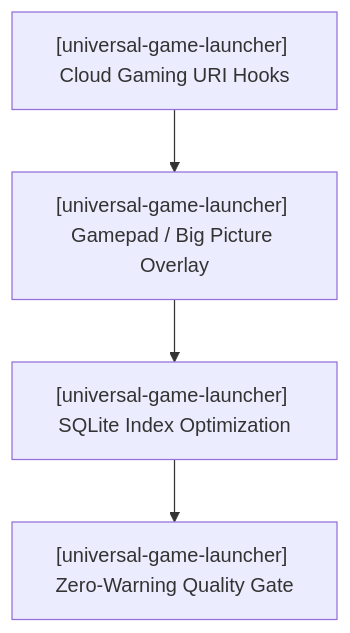
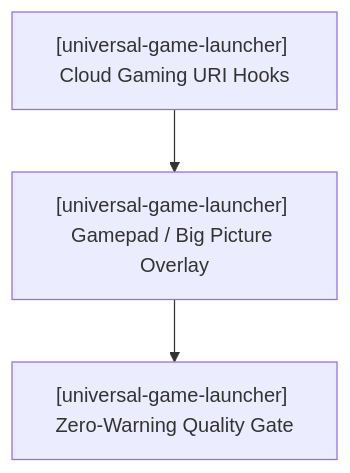
Before and after one commit to HELIX-Origin/universal-game-launcher: the second of 2 diagrams in PLAN.md, drawn with Mermaid. The commit also changed other lines of this file and 15 other files, not shown here.

First line of the commit message:
feat: re-architect core for performance and introduce benchmarking

````diff
--- a/PLAN.md
+++ b/PLAN.md
@@ -23,6 +73,5 @@
 ```mermaid
 flowchart TD
     Task1["[universal-game-launcher] Cloud Gaming URI Hooks"] --> Task2["[universal-game-launcher] Gamepad / Big Picture Overlay"]
-    Task2 --> Task3["[universal-game-launcher] SQLite Index Optimization"]
-    Task3 --> Gate["[universal-game-launcher] Zero-Warning Quality Gate"]
+    Task2 --> Gate["[universal-game-launcher] Zero-Warning Quality Gate"]
 ```
````
